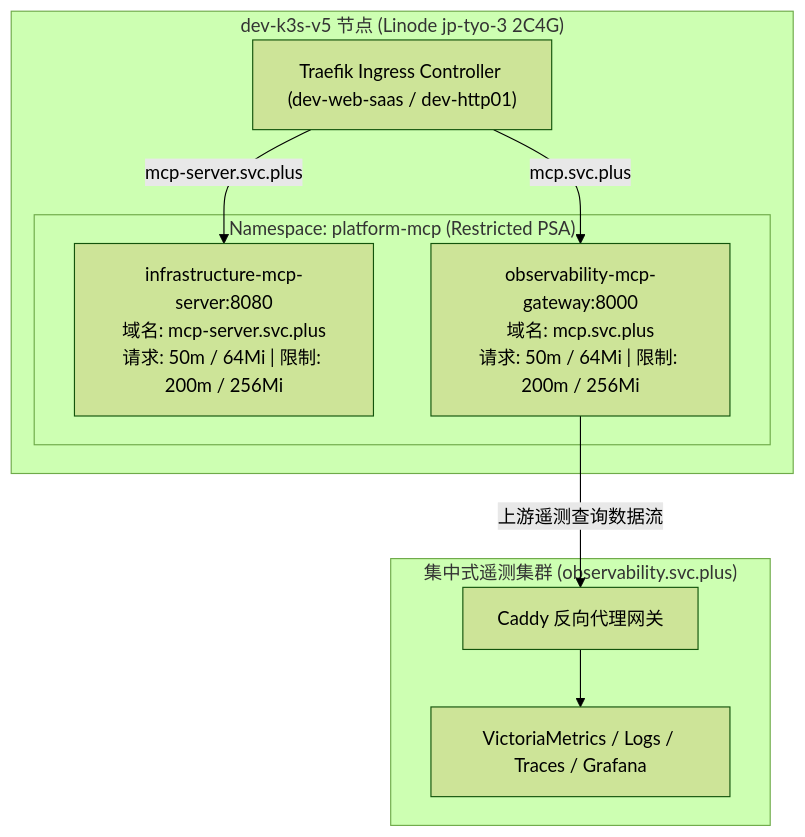
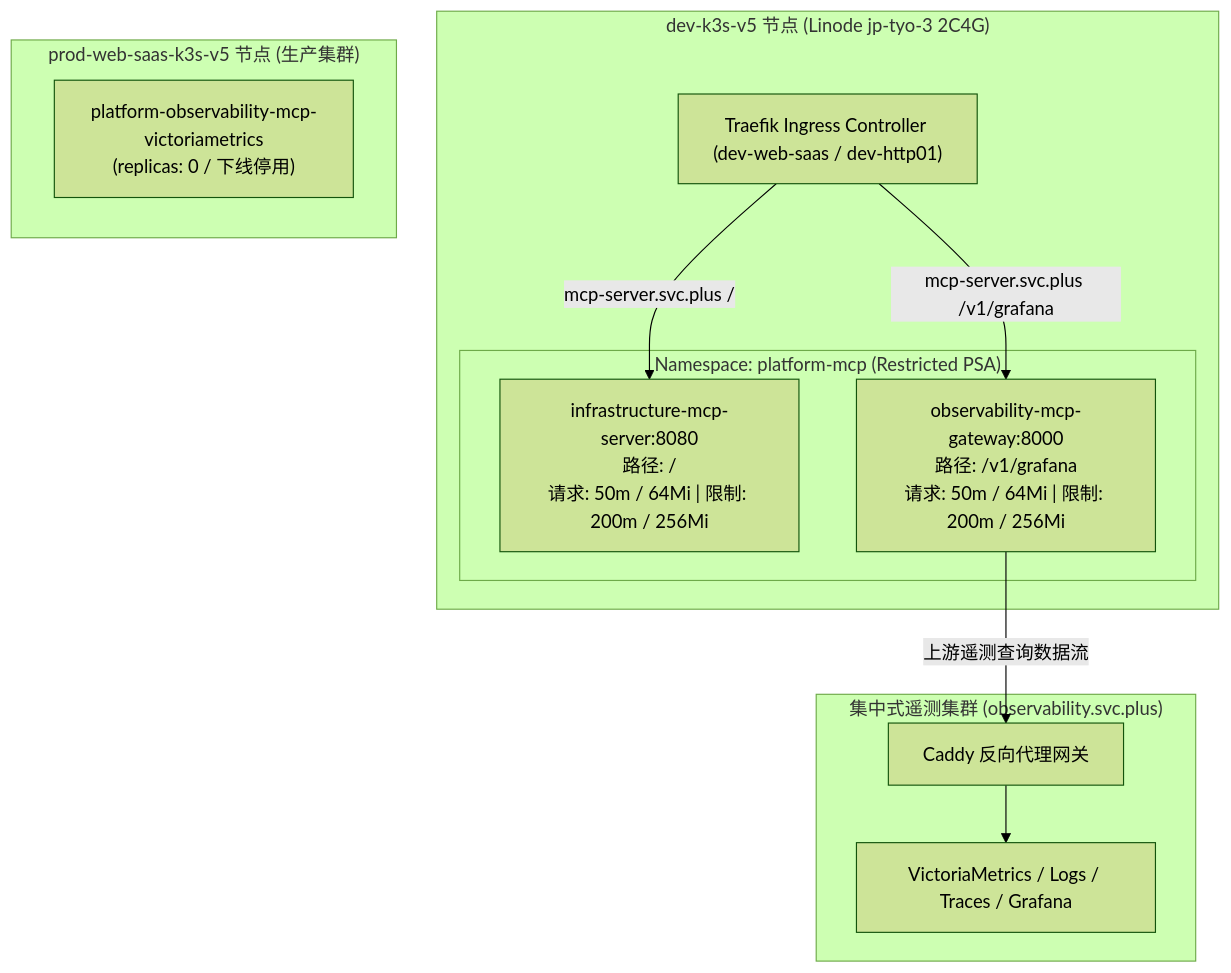
Before and after one commit to ai-workspace-services/knowledge: the fourth of 4 diagrams in docs/reference/infrastructure-mcp-observability-cmdb-qmd-delivery-spec.zh.md, drawn with Mermaid (forest theme). The commit also changed other lines of this file, not shown here.

Commit message:
docs(reference): align single domain mcp-server.svc.plus and prod mcp decommission (#255)

````diff
--- a/docs/reference/infrastructure-mcp-observability-cmdb-qmd-delivery-spec.zh.md
+++ b/docs/reference/infrastructure-mcp-observability-cmdb-qmd-delivery-spec.zh.md
@@ -449,21 +452,25 @@
 ```mermaid
 flowchart TD
     subgraph DevK3s ["dev-k3s-v5 节点 (Linode jp-tyo-3 2C4G)"]
         Ingress["Traefik Ingress Controller (dev-web-saas / dev-http01)"]
         
         subgraph NS ["Namespace: platform-mcp (Restricted PSA)"]
-            InfraMCP["infrastructure-mcp-server:8080<br>域名: mcp-server.svc.plus<br>请求: 50m / 64Mi | 限制: 200m / 256Mi"]
-            ObsyMCP["observability-mcp-gateway:8000<br>域名: mcp.svc.plus<br>请求: 50m / 64Mi | 限制: 200m / 256Mi"]
+            InfraMCP["infrastructure-mcp-server:8080<br>路径: /<br>请求: 50m / 64Mi | 限制: 200m / 256Mi"]
+            ObsyMCP["observability-mcp-gateway:8000<br>路径: /v1/grafana<br>请求: 50m / 64Mi | 限制: 200m / 256Mi"]
         end
     end
 
     subgraph CentralTelemetry ["集中式遥测集群 (observability.svc.plus)"]
         CaddyProxy["Caddy 反向代理网关"]
         VMCluster["VictoriaMetrics / Logs / Traces / Grafana"]
     end
 
-    Ingress -->|mcp-server.svc.plus| InfraMCP
-    Ingress -->|mcp.svc.plus| ObsyMCP
+    subgraph ProdK3sV5 ["prod-web-saas-k3s-v5 节点 (生产集群)"]
+        RetiredPod["platform-observability-mcp-victoriametrics<br>(replicas: 0 / 下线停用)"]
+    end
+
+    Ingress -->|mcp-server.svc.plus /| InfraMCP
+    Ingress -->|mcp-server.svc.plus /v1/grafana| ObsyMCP
     ObsyMCP -->|上游遥测查询数据流| CaddyProxy
     CaddyProxy --> VMCluster
 ```
````
